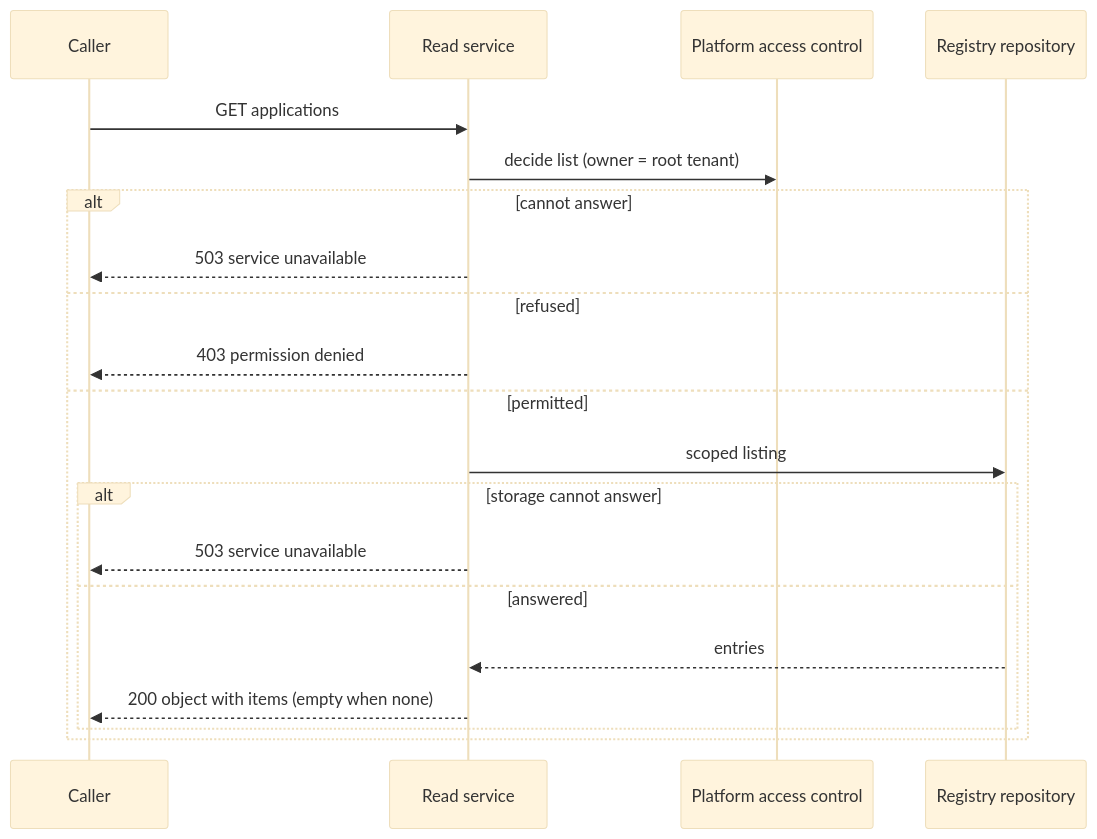
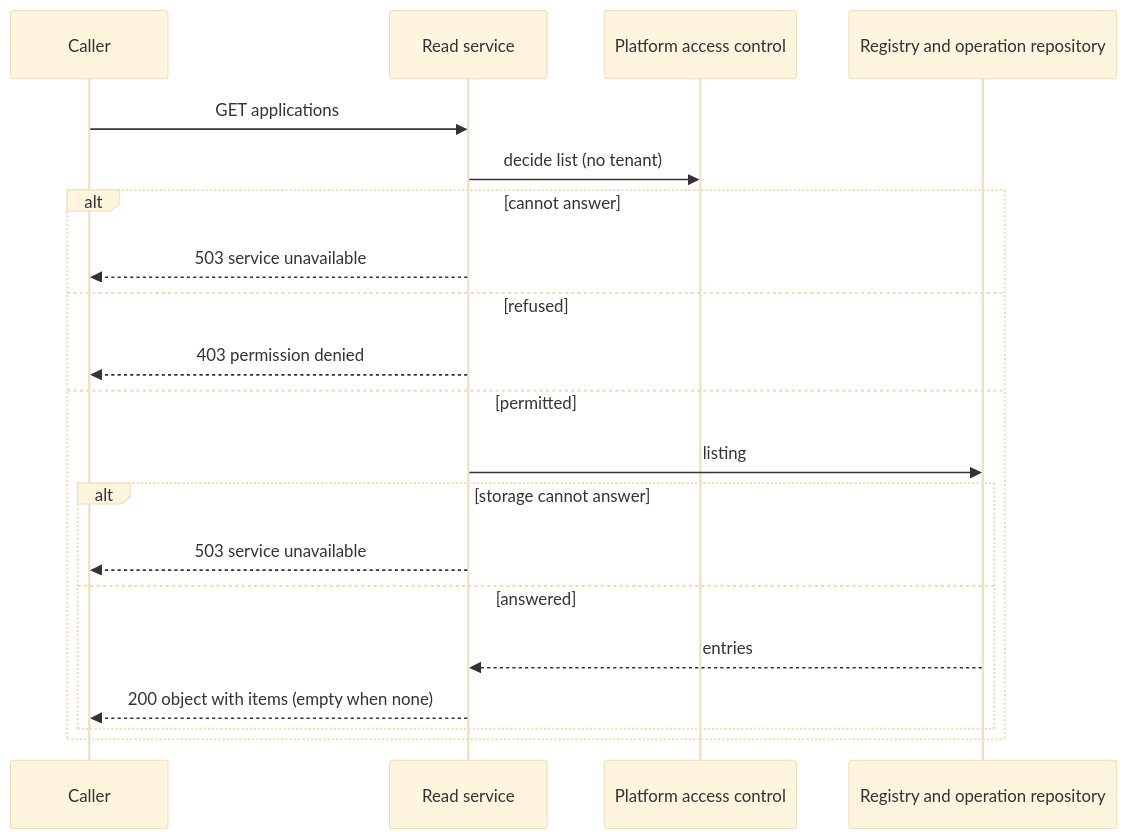
One commit to constructorfabric/gears-rust changed the tenth of 12 diagrams in gears/system/application-manager/docs/DESIGN.md. Above: the diagram before and after it, drawn with Mermaid (base theme). The commit also changed other lines of this file and 8 other files, not shown here.

````diff
--- a/gears/system/application-manager/docs/DESIGN.md
+++ b/gears/system/application-manager/docs/DESIGN.md
@@ -1153,22 +1359,22 @@
 ```mermaid
 sequenceDiagram
     participant C as Caller
     participant RS as Read service
     participant PDP as Platform access control
-    participant R as Registry repository
+    participant R as Registry and operation repository
     C ->> RS: GET applications
-    RS ->> PDP: decide list (owner = root tenant)
+    RS ->> PDP: decide list (no tenant)
     alt cannot answer
         RS -->> C: 503 service unavailable
     else refused
         RS -->> C: 403 permission denied
     else permitted
-        RS ->> R: scoped listing
+        RS ->> R: listing
         alt storage cannot answer
             RS -->> C: 503 service unavailable
         else answered
             R -->> RS: entries
             RS -->> C: 200 object with items (empty when none)
         end
     end
 ```
````
